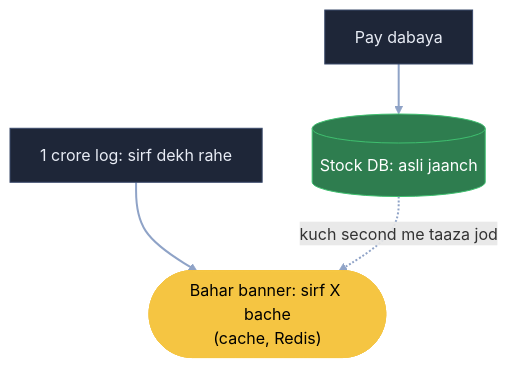
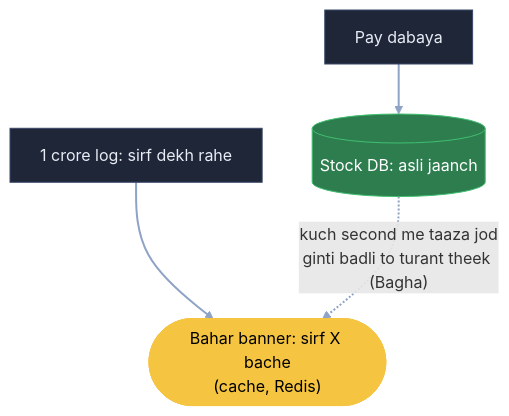
One commit to ArpanMaheshwari144/Prep changed the fifth of 8 diagrams in 04_HLD/SYSTEM_DESIGNS/21_inventory_system/21_inventory_system.md. Above: the diagram before and after it, drawn with Mermaid. The commit also changed other lines of this file and 1 other file, not shown here.

Commit message:
HLD 21 inventory: round (FR / NFR + dhaancha + API), thappa wali kahani, Nattu kaka parchi + Bagha

````diff
--- a/04_HLD/SYSTEM_DESIGNS/21_inventory_system/21_inventory_system.md
+++ b/04_HLD/SYSTEM_DESIGNS/21_inventory_system/21_inventory_system.md
@@ -235,15 +260,15 @@
 ```mermaid
 flowchart TB
     U["1 crore log: sirf dekh rahe"]:::card
     BN(["Bahar banner: sirf X bache<br/>(cache, Redis)"]):::pill
     PAY["Pay dabaya"]:::card
     DB[("Stock DB: asli jaanch")]:::good
     U --> BN
     PAY --> DB
-    DB -. "kuch second me taaza jod" .-> BN
+    DB -. "kuch second me taaza jod<br/>ginti badli to turant theek (Bagha)" .-> BN
     linkStyle default stroke:#8fa3c7,stroke-width:2px
     classDef card fill:#1e2638,stroke:#3a4a6b,color:#e8ecf5
     classDef pill fill:#f5c542,stroke:#f5c542,color:#000
     classDef good fill:#2e7d4f,stroke:#3fbf6f,color:#fff
     classDef bad fill:#5c1f24,stroke:#e05561,color:#fff
 ```
````
